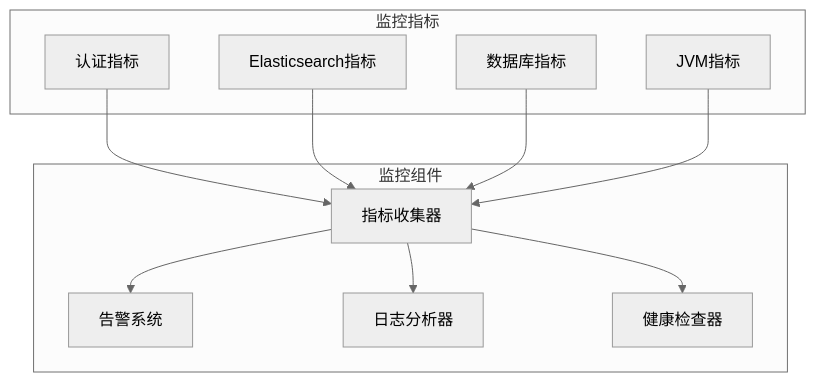
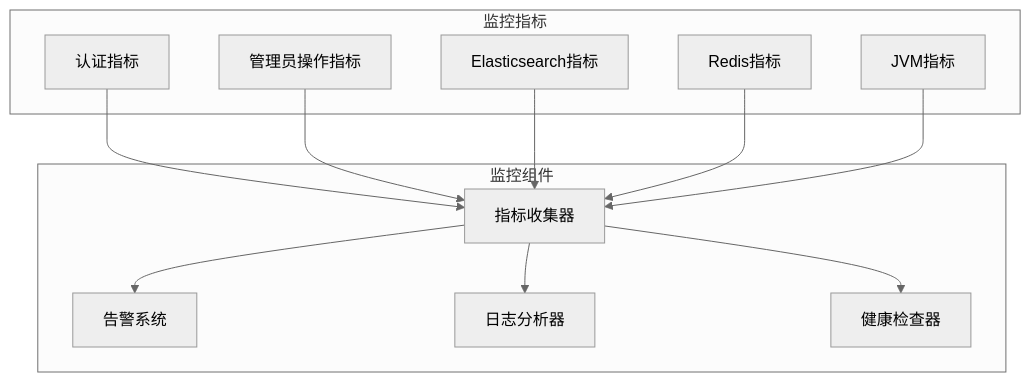
One commit to 20164206160/zhishilu changed diagram 19 of 19 in .qoder/repowiki/zh/content/用户管理系统/用户管理系统.md. Above: the diagram before and after it, drawn with Mermaid (neutral theme). The commit also changed other lines of this file and 11 other files, not shown here.

````diff
--- a/.qoder/repowiki/zh/content/用户管理系统/用户管理系统.md
+++ b/.qoder/repowiki/zh/content/用户管理系统/用户管理系统.md
@@ -705,22 +995,24 @@
 ```mermaid
 graph TB
 subgraph "监控指标"
 AuthMetrics[认证指标]
+AdminMetrics[管理员操作指标]
 ESMetrics[Elasticsearch指标]
-JDBCMetrics[数据库指标]
+RedisMetrics[Redis指标]
 JVMMetrics[JVM指标]
 end
 subgraph "监控组件"
 MetricsCollector[指标收集器]
 AlertSystem[告警系统]
 LogAnalyzer[日志分析器]
 HealthChecker[健康检查器]
 end
 AuthMetrics --> MetricsCollector
+AdminMetrics --> MetricsCollector
 ESMetrics --> MetricsCollector
-JDBCMetrics --> MetricsCollector
+RedisMetrics --> MetricsCollector
 JVMMetrics --> MetricsCollector
 MetricsCollector --> AlertSystem
 MetricsCollector --> LogAnalyzer
 MetricsCollector --> HealthChecker
 ```
````
